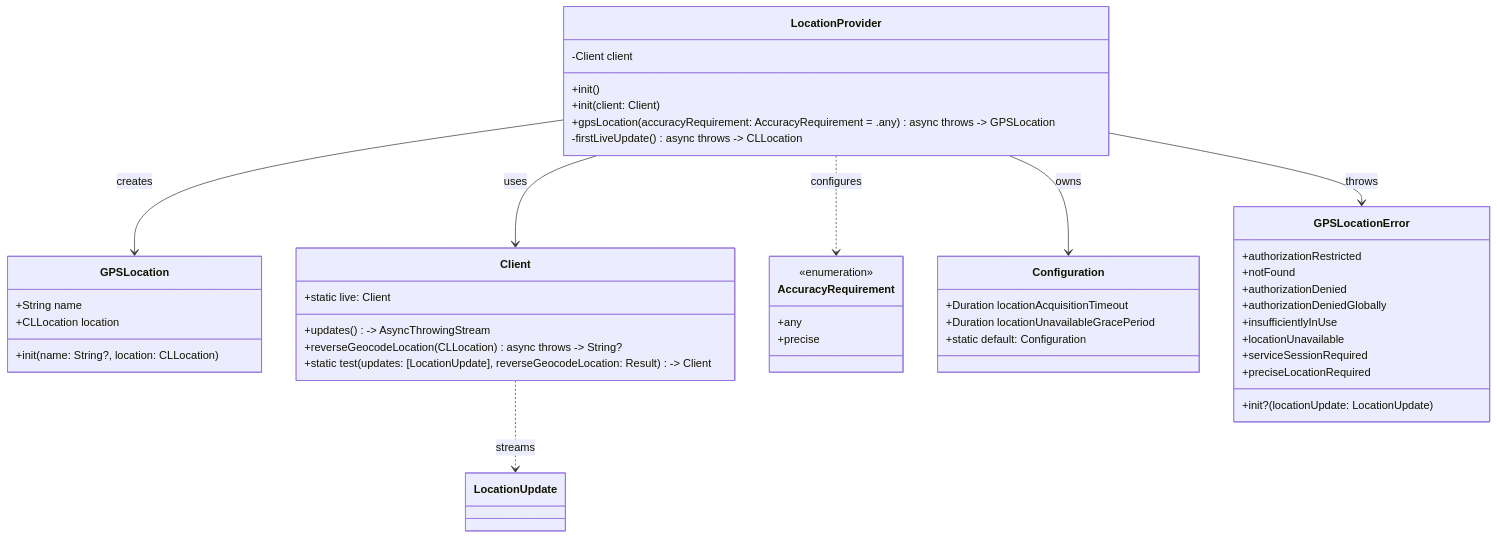
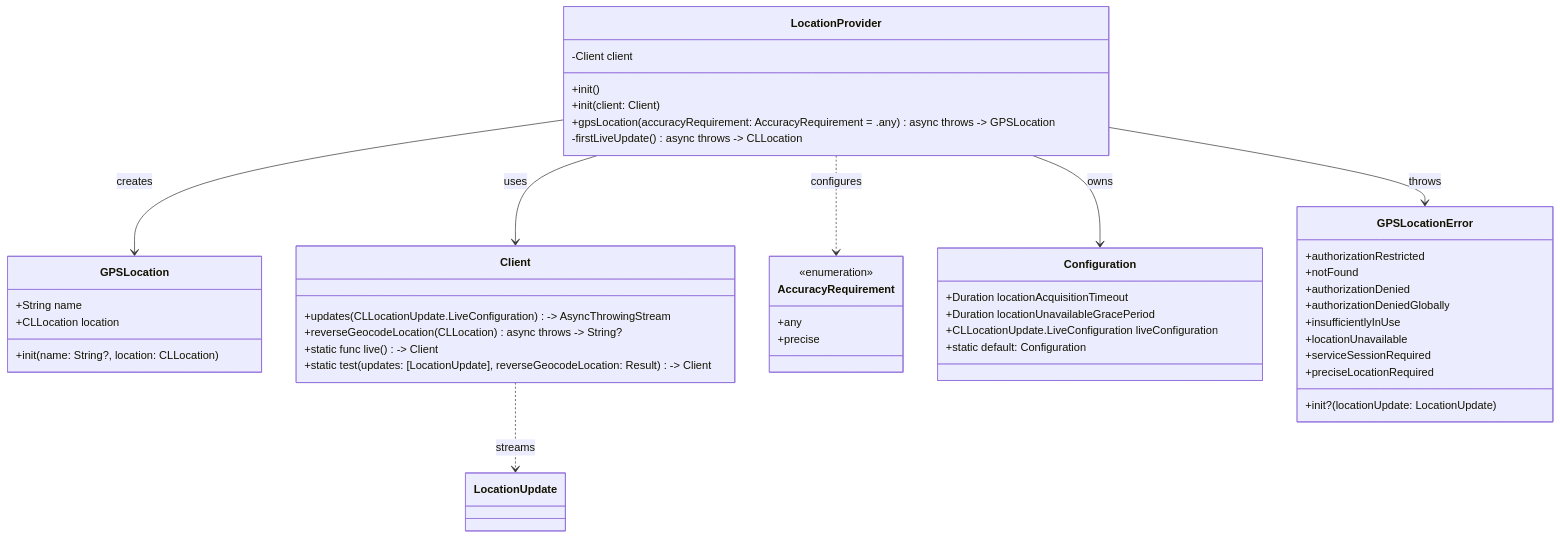
One commit to kraigspear/LocationProvider changed the first of 3 diagrams in Technical.md. Above: the diagram before and after it, drawn with Mermaid. The commit also changed 6 other files, not shown here.

First line of the commit message:
feat: Add liveConfiguration parameter for CoreLocation presets (#12)

````diff
--- a/Technical.md
+++ b/Technical.md
@@ -11,54 +11,55 @@
 ```mermaid
 classDiagram
     class LocationProvider {
         -Client client
         +init()
         +init(client: Client)
         +gpsLocation(accuracyRequirement: AccuracyRequirement = .any) async throws -> GPSLocation
         -firstLiveUpdate() async throws -> CLLocation
     }
     
     class GPSLocation {
         +String name
         +CLLocation location
         +init(name: String?, location: CLLocation)
     }
     
     class Client {
-        +updates() -> AsyncThrowingStream<LocationUpdate, Error>
+        +updates(CLLocationUpdate.LiveConfiguration) -> AsyncThrowingStream<LocationUpdate, Error>
         +reverseGeocodeLocation(CLLocation) async throws -> String?
-        +static live: Client
+        +static func live() -> Client
         +static test(updates: [LocationUpdate], reverseGeocodeLocation: Result<String?, Error>) -> Client
     }
 
     class AccuracyRequirement {
         <<enumeration>>
         +any
         +precise
     }
 
     class Configuration {
         +Duration locationAcquisitionTimeout
         +Duration locationUnavailableGracePeriod
+        +CLLocationUpdate.LiveConfiguration liveConfiguration
         +static default: Configuration
     }
 
     class GPSLocationError {
         +authorizationRestricted
         +notFound
         +authorizationDenied
         +authorizationDeniedGlobally
         +insufficientlyInUse
         +locationUnavailable
         +serviceSessionRequired
         +preciseLocationRequired
         +init?(locationUpdate: LocationUpdate)
     }
     
     LocationProvider --> Client : uses
     LocationProvider --> GPSLocation : creates
     LocationProvider --> GPSLocationError : throws
     Client ..> LocationUpdate : streams
     LocationProvider ..> AccuracyRequirement : configures
     LocationProvider --> Configuration : owns
 ```
````
